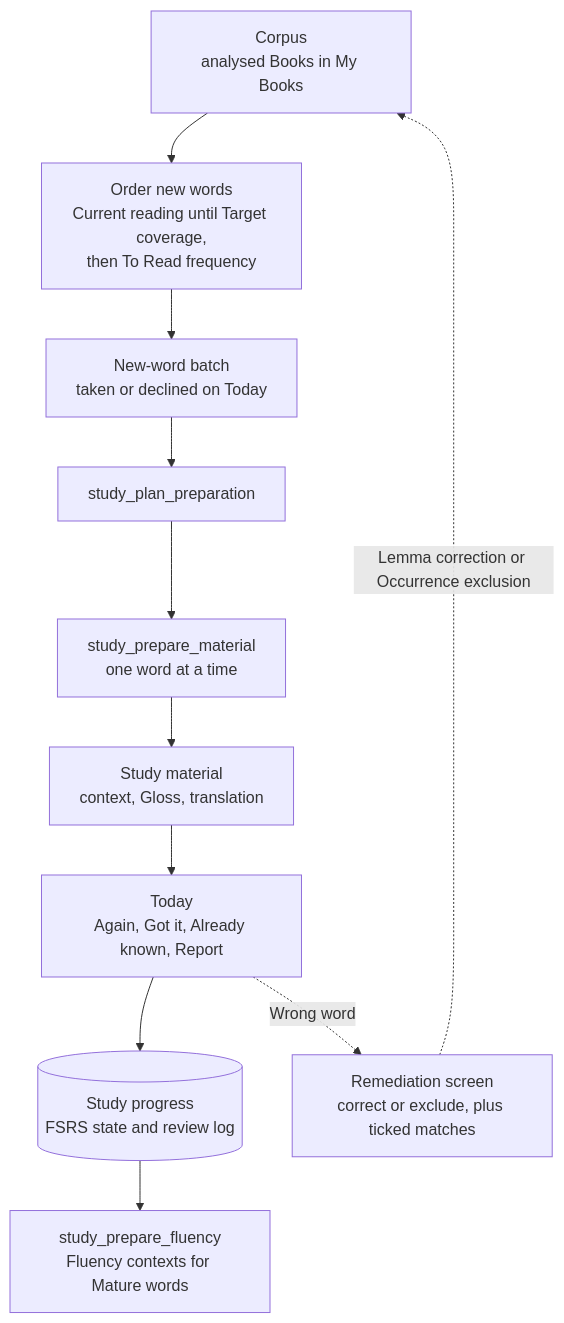
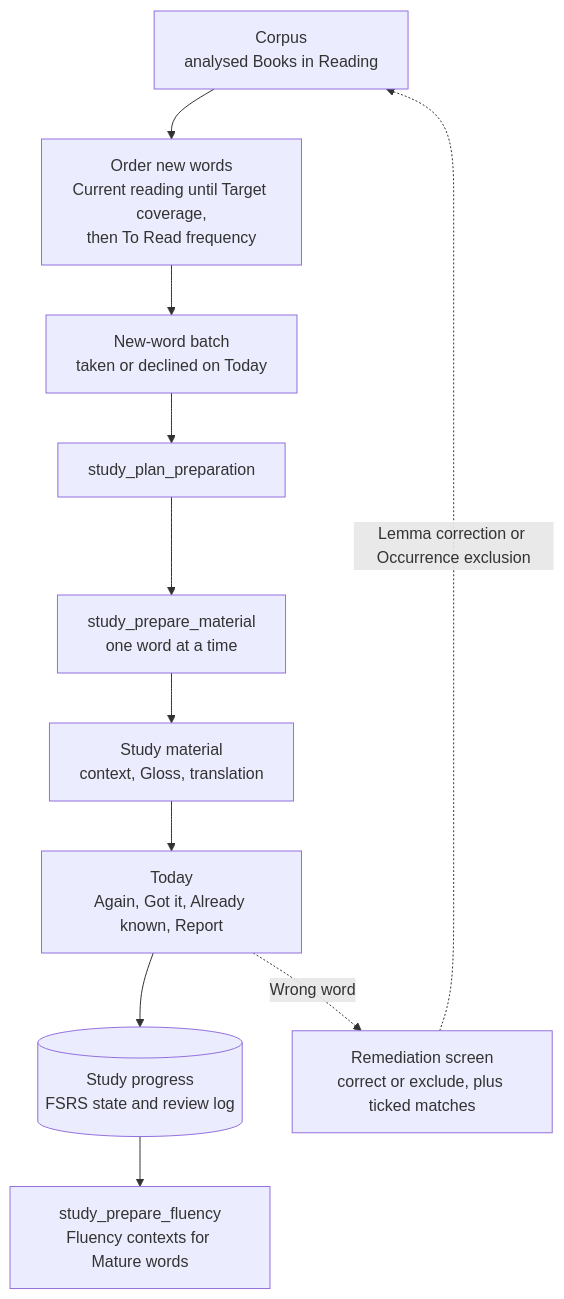
One commit to justin-hayes/mouseion changed the fourth of 6 diagrams in ARCHITECTURE.md. Above: the diagram before and after it, drawn with Mermaid. The commit also changed other lines of this file and 175 other files, not shown here.

Commit message:
feat(webapp): Reading, Study and Corpus in the navigation (#2855)

````diff
--- a/ARCHITECTURE.md
+++ b/ARCHITECTURE.md
@@ -171,13 +171,13 @@
 ```mermaid
 flowchart TD
-    corpus[Corpus<br/>analysed Books in My Books] --> order[Order new words<br/>Current reading until Target coverage,<br/>then To Read frequency]
+    corpus[Corpus<br/>analysed Books in Reading] --> order[Order new words<br/>Current reading until Target coverage,<br/>then To Read frequency]
     order --> batch[New-word batch<br/>taken or declined on Today]
     batch --> plan[study_plan_preparation]
     plan --> mat[study_prepare_material<br/>one word at a time]
     mat --> card[Study material<br/>context, Gloss, translation]
     card --> today[Today<br/>Again, Got it, Already known, Report]
     today --> fsrs[(Study progress<br/>FSRS state and review log)]
     fsrs --> fluency[study_prepare_fluency<br/>Fluency contexts for Mature words]
     today -. Wrong word .-> remed[Remediation screen<br/>correct or exclude, plus ticked matches]
     remed -. Lemma correction or Occurrence exclusion .-> corpus
 ```
````
